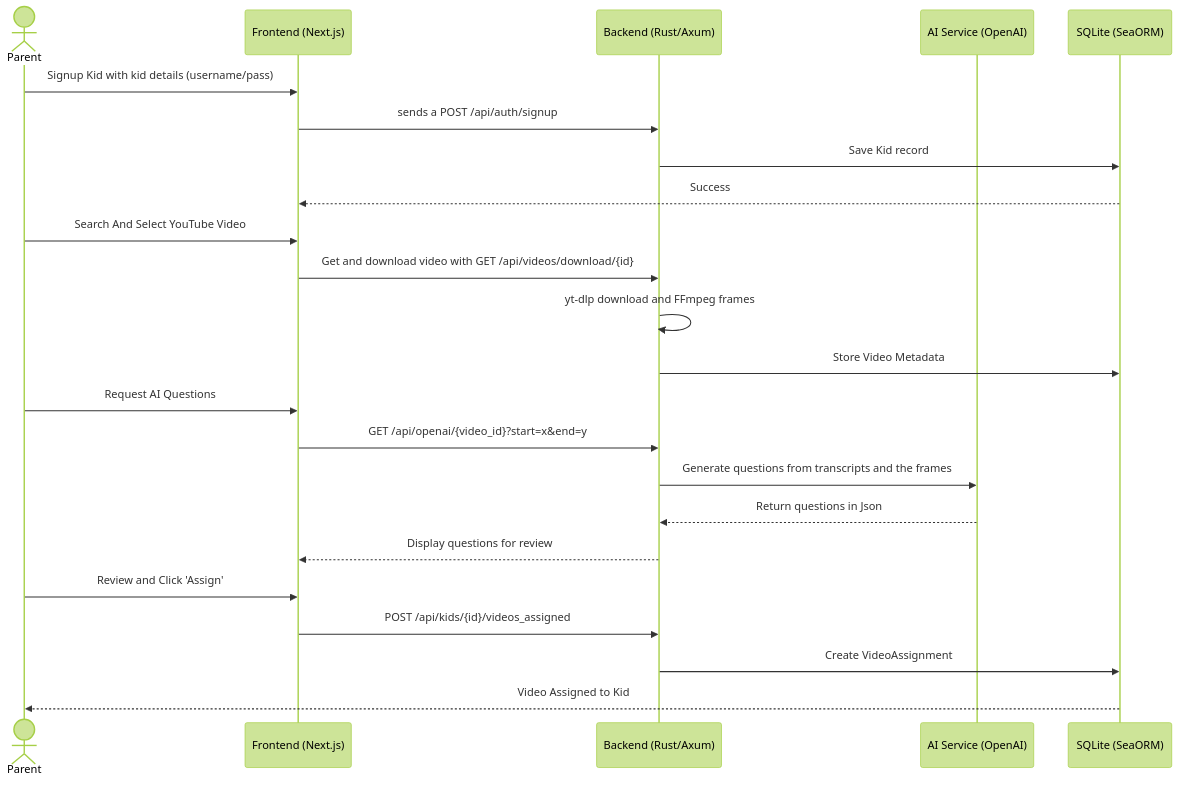
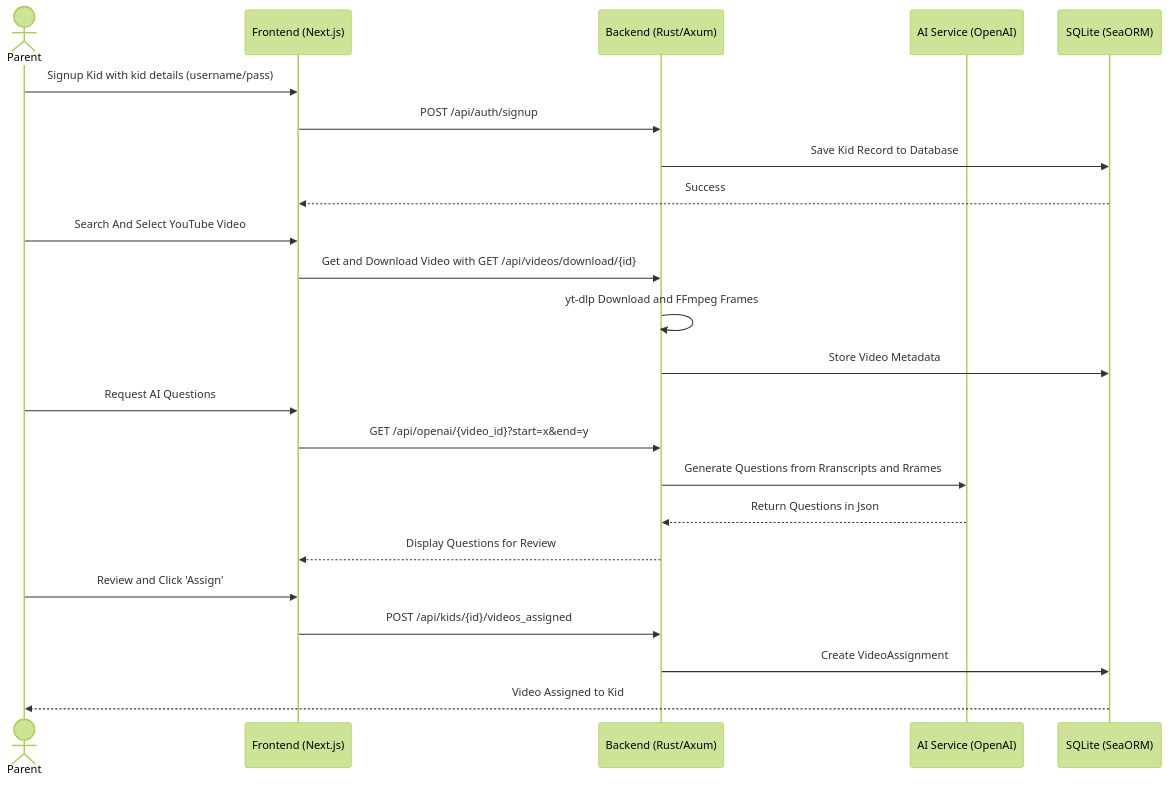
The first of 5 diagrams in documentation/docs/requirements/use-case-descriptions.md (Capstone-Projects-2026-spring/piggyback-learning-2), drawn with Mermaid (forest theme) before and after one commit. The commit also changed other lines of this file, not shown here.

````diff
--- a/documentation/docs/requirements/use-case-descriptions.md
+++ b/documentation/docs/requirements/use-case-descriptions.md
@@ -32,29 +32,29 @@
 ```mermaid
 sequenceDiagram
     actor Parent
     participant WebApp as Frontend (Next.js)
     participant API as Backend (Rust/Axum)
     participant AI as AI Service (OpenAI)
     participant DB as SQLite (SeaORM)
     
     Parent->>WebApp: Signup Kid with kid details (username/pass)
-    WebApp->>API: sends a POST /api/auth/signup
-    API->>DB: Save Kid record
+    WebApp->>API:  POST /api/auth/signup
+    API->>DB: Save Kid Record to Database
     DB-->>WebApp: Success
 
     Parent->>WebApp: Search And Select YouTube Video
-    WebApp->>API: Get and download video with GET /api/videos/download/{id}
-    API->>API: yt-dlp download and FFmpeg frames
+    WebApp->>API: Get and Download Video with GET /api/videos/download/{id}
+    API->>API: yt-dlp Download and FFmpeg Frames
     API->>DB: Store Video Metadata
     
     Parent->>WebApp: Request AI Questions
     WebApp->>API: GET /api/openai/{video_id}?start=x&end=y
-    API->>AI: Generate questions from transcripts and the frames
-    AI-->>API: Return questions in Json
-    API-->>WebApp: Display questions for review
+    API->>AI: Generate Questions from Rranscripts and Rrames
+    AI-->>API: Return Questions in Json
+    API-->>WebApp: Display Questions for Review
 
     Parent->>WebApp: Review and Click 'Assign'
     WebApp->>API: POST /api/kids/{id}/videos_assigned
     API->>DB: Create VideoAssignment
     DB-->>Parent: Video Assigned to Kid
 ```
````
